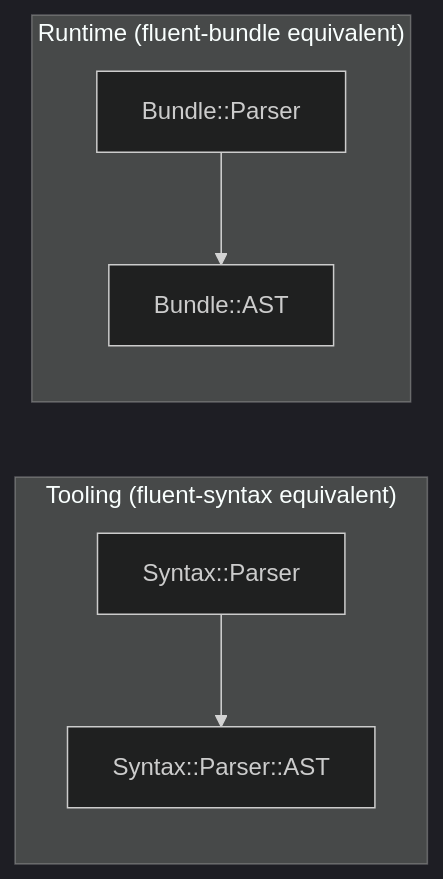
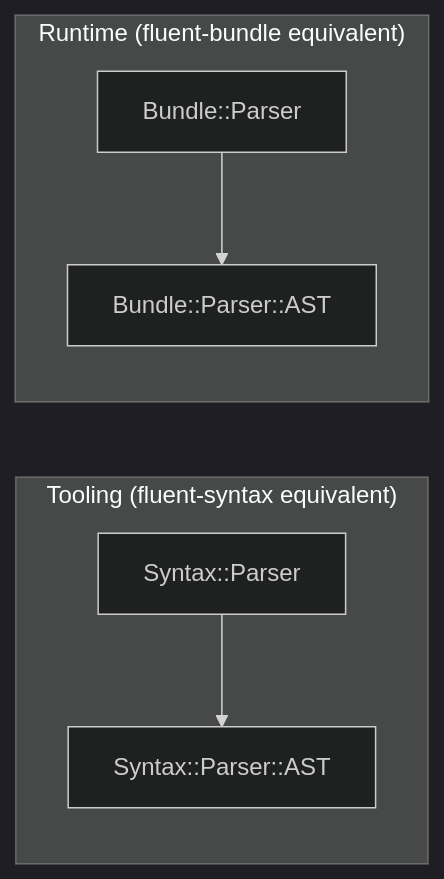
Before and after one commit to sakuro/foxtail: the second of 2 diagrams in doc/architecture.md, drawn with Mermaid (dark theme). The commit also changed other lines of this file and 14 other files, not shown here.

Commit message:
:recycle: Move Bundle::AST to Bundle::Parser::AST for namespace symmetry

````diff
--- a/doc/architecture.md
+++ b/doc/architecture.md
@@ -33,13 +33,13 @@
 ```mermaid
 flowchart LR
     subgraph "Tooling (fluent-syntax equivalent)"
         SP[Syntax::Parser]
         SA[Syntax::Parser::AST]
         SP --> SA
     end
     subgraph "Runtime (fluent-bundle equivalent)"
         BP[Bundle::Parser]
-        BA[Bundle::AST]
+        BA[Bundle::Parser::AST]
         BP --> BA
     end
 ```
````
